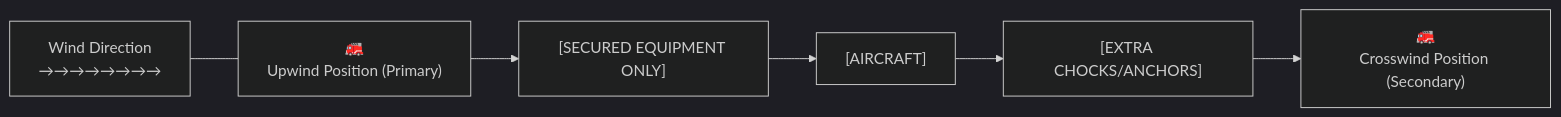
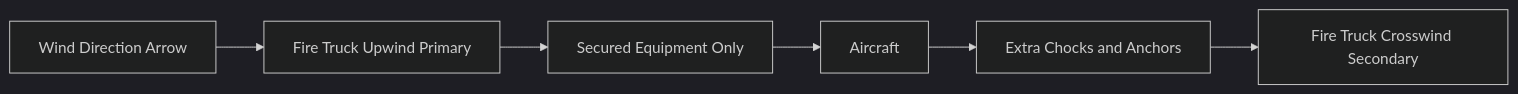
Diagram 24 of 27 in Q-AIR/fleet/AMPEL360/BWBQ100/docs/ATA-chapters/ATA-00-General/ 00-40-00-00-Servicing/00-40-10-00-ServicePoints/00-40-10-03-TransitService.md (Robbbo-T/GAIA-QAO-ADVENT), drawn with Mermaid (dark theme) before and after one commit. The commit also changed other lines of this file, not shown here.

````diff
--- a/Q-AIR/fleet/AMPEL360/BWBQ100/docs/ATA-chapters/ATA-00-General/ 00-40-00-00-Servicing/00-40-10-00-ServicePoints/00-40-10-03-TransitService.md
+++ b/Q-AIR/fleet/AMPEL360/BWBQ100/docs/ATA-chapters/ATA-00-General/ 00-40-00-00-Servicing/00-40-10-00-ServicePoints/00-40-10-03-TransitService.md
@@ -2144,13 +2107,11 @@
 ```mermaid
 flowchart LR
-    WIND["Wind Direction<br/>→→→→→→→→"]
+    WIND[Wind Direction Arrow]
+    ARFF_UP[Fire Truck Upwind Primary]
+    EQUIP_SEC[Secured Equipment Only]
+    AC[Aircraft]
+    CHOCK[Extra Chocks and Anchors]
+    ARFF_CROSS[Fire Truck Crosswind Secondary]
 
-    ARFF_UP["🚒<br/>Upwind Position (Primary)"]
-    EQUIP_SEC["[SECURED EQUIPMENT ONLY]"]
-    AC["[AIRCRAFT]"]
-    CHOCK["[EXTRA CHOCKS/ANCHORS]"]
-    ARFF_CROSS["🚒<br/>Crosswind Position (Secondary)"]
-
-    WIND --- ARFF_UP
-    ARFF_UP --> EQUIP_SEC --> AC --> CHOCK --> ARFF_CROSS
+    WIND --> ARFF_UP --> EQUIP_SEC --> AC --> CHOCK --> ARFF_CROSS
 ```
````
